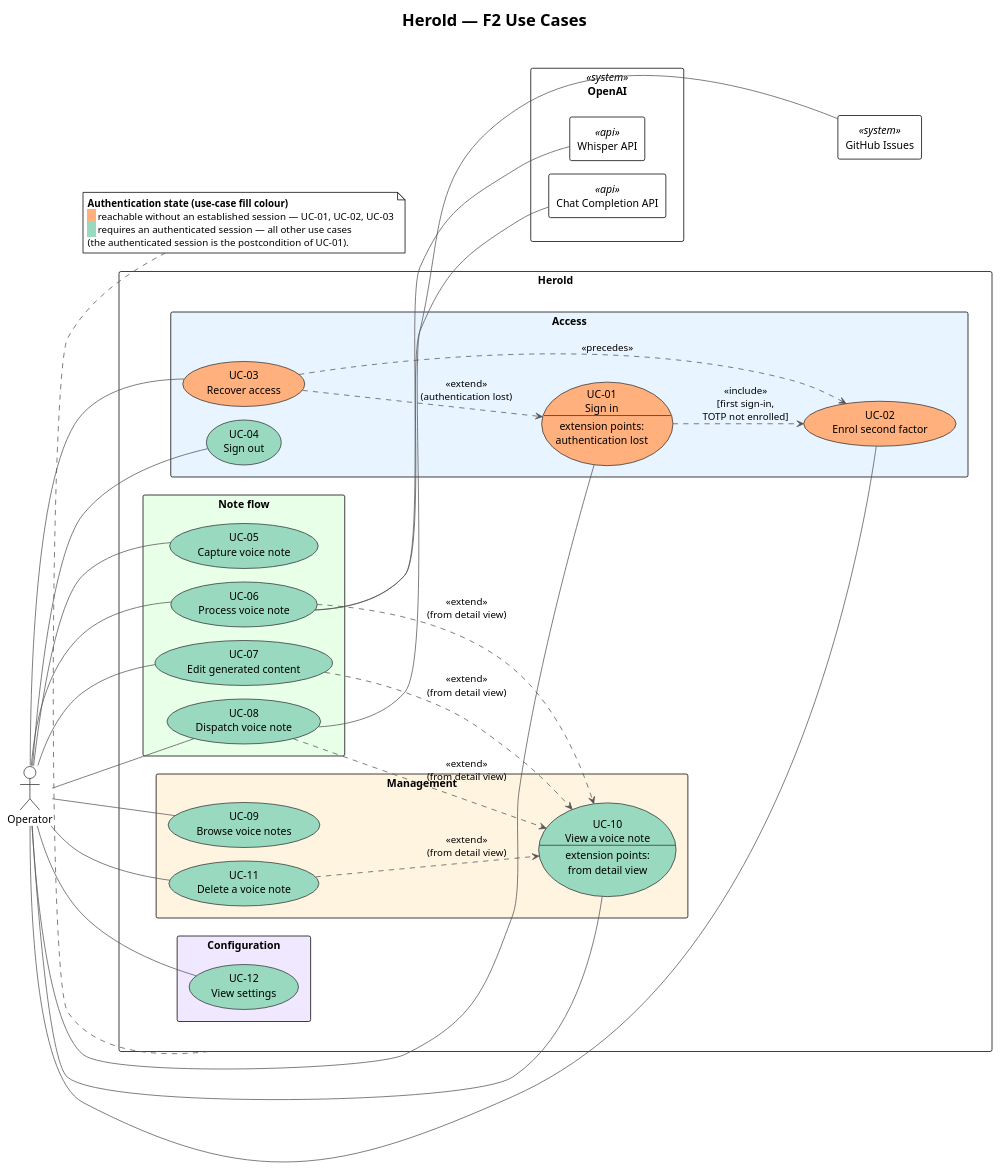
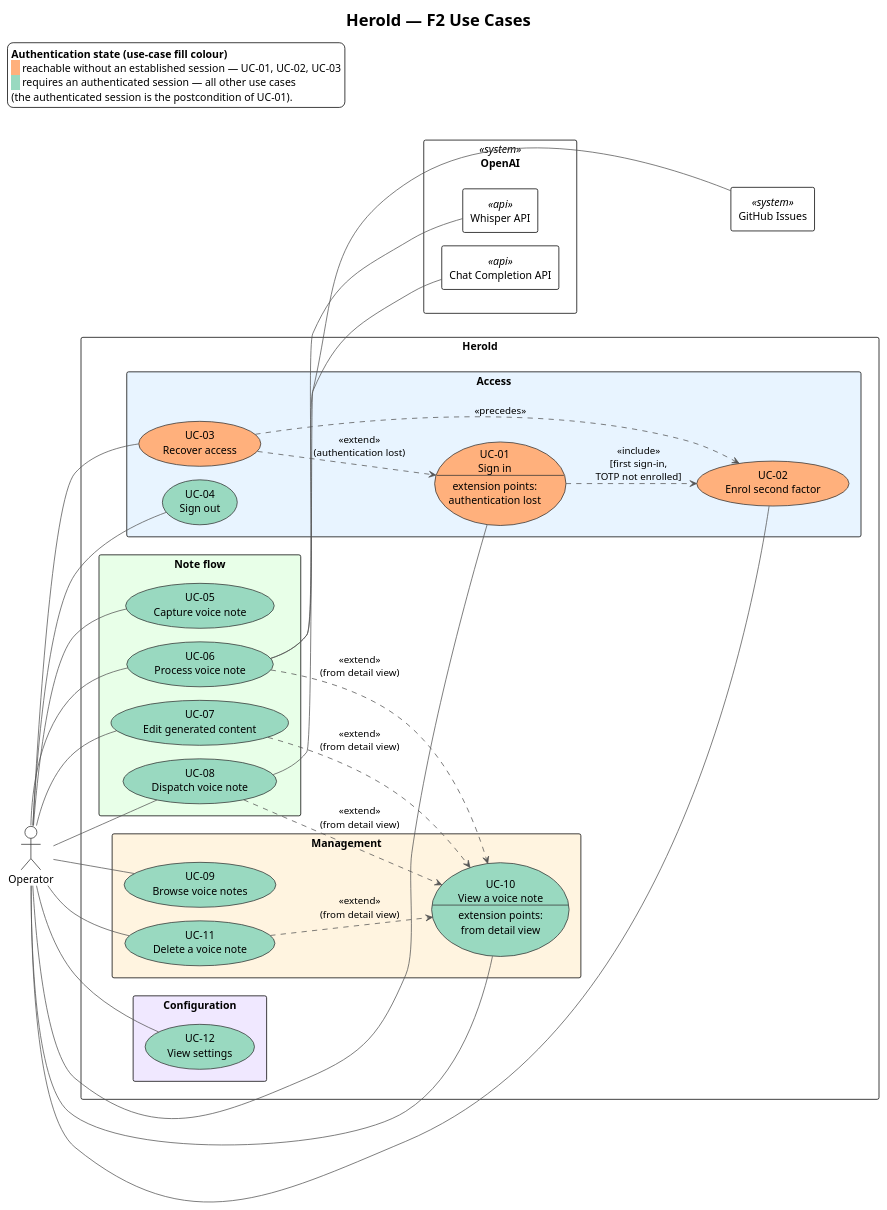
The diagram in docs/spec/diagrams/f2-use-cases.plantuml (carstenlucke/herold), drawn with PlantUML before and after one commit. The commit also changed 1 other file, not shown here.

Commit message:
docs(spec): render F2 auth-state annotation as a top-left legend
Switching from `note bottom of HEROLD` to a positioned `legend top
left` block gets rid of the connector line that previously wrapped all
the way around the diagram and parks the annotation in the empty
canvas corner next to the OpenAI/GitHub Issues column.

```diff
--- a/docs/spec/diagrams/f2-use-cases.plantuml
+++ b/docs/spec/diagrams/f2-use-cases.plantuml
@@ -1,111 +1,115 @@
 @startuml f2-use-cases
 !theme plain
 left to right direction
 skinparam packageStyle rectangle
 skinparam shadowing false
 skinparam ArrowColor #555555
 skinparam UsecaseBorderColor #333333
 skinparam UsecaseBackgroundColor #F5F5F5
 skinparam ActorBorderColor #333333
 skinparam nodesep 18
 skinparam ranksep 40
 
 title Herold — F2 Use Cases
 
 ' Primary actor on the left.
 actor "Operator" as OP
 
 rectangle "Herold" as HEROLD {
 
   ' Per-use-case fill colour encodes the authentication state:
   '   #FFB07C — reachable without an established session (UC-01..UC-03)
   '   #99D9C0 — requires an authenticated session (UC-04..UC-12)
   ' Package backgrounds keep encoding the F2 grouping.
 
   package "Access" as ACCESS #E8F4FF {
     usecase "UC-01\nSign in\n--\nextension points:\nauthentication lost" as UC01 #FFB07C
     usecase "UC-02\nEnrol second factor"                                    as UC02 #FFB07C
     usecase "UC-03\nRecover access"                                         as UC03 #FFB07C
     usecase "UC-04\nSign out"                                               as UC04 #99D9C0
   }
 
   package "Note flow" as NOTEFLOW #E8FFE8 {
     usecase "UC-05\nCapture voice note"        as UC05 #99D9C0
     usecase "UC-06\nProcess voice note"        as UC06 #99D9C0
     usecase "UC-07\nEdit generated content"    as UC07 #99D9C0
     usecase "UC-08\nDispatch voice note"       as UC08 #99D9C0
   }
 
   package "Management" as MGMT #FFF4E0 {
     usecase "UC-09\nBrowse voice notes"                                            as UC09 #99D9C0
     usecase "UC-10\nView a voice note\n--\nextension points:\nfrom detail view"    as UC10 #99D9C0
     usecase "UC-11\nDelete a voice note"                                           as UC11 #99D9C0
   }
 
   package "Configuration" as CONFIG #F0E8FF {
     usecase "UC-12\nView settings" as UC12 #99D9C0
   }
 }
 
 ' Supporting external systems on the right, grouped near the use cases
 ' they back. Modelled as «system» nodes (not actors) — they are
 ' non-human participants Herold delegates to. OpenAI is one system
 ' exposing two API endpoints used by Herold.
 rectangle "OpenAI" <<system>> as OPENAI {
   rectangle "Whisper API"         <<api>> as WHISPER
   rectangle "Chat Completion API" <<api>> as CHAT
 }
 rectangle "GitHub Issues" <<system>> as GH
 
 ' Primary actor — one association per use case.
 OP -- UC01
 OP -- UC02
 OP -- UC03
 OP -- UC04
 OP -- UC05
 OP -- UC06
 OP -- UC07
 OP -- UC08
 OP -- UC09
 OP -- UC10
 OP -- UC11
 OP -- UC12
 
 ' Supporting external systems.
 UC06 -- WHISPER
 UC06 -- CHAT
 UC08 -- GH
 
 ' Use-case relationships extracted from F2.
 ' UC-10 is the typical entry point for these (UC-10 postcondition);
 ' UC-07 step 1 explicitly opens the detail view, the others enter from it.
 UC06 ..> UC10 : <<extend>>\n(from detail view)
 UC07 ..> UC10 : <<extend>>\n(from detail view)
 UC08 ..> UC10 : <<extend>>\n(from detail view)
 UC11 ..> UC10 : <<extend>>\n(from detail view)
 
 ' Recovery is the pivot when UC-01 cannot succeed (UC-01 exception).
 UC03 ..> UC01 : <<extend>>\n(authentication lost)
 
 ' Enrolment runs inline inside UC-01 on the first sign-in (UC-01 main
 ' scenario step 4) and is required again after a recovery (UC-03
 ' postcondition).
 UC01 ..> UC02 : <<include>>\n[first sign-in,\nTOTP not enrolled]
 UC03 ..> UC02 : <<precedes>>
 
 ' Layout hint: stack OpenAI above GitHub Issues so the two external
 ' systems form a single column on the right edge of the diagram.
 ' Everything else is left to Graphviz — the section ordering inside
 ' Herold falls out naturally from the include/extend edges into UC-10.
 OPENAI -[hidden]down- GH
 
 ' System-wide precondition (cheaper than drawing 9 <<precedes>> edges
 ' from UC-01 into the Note flow, Management and Configuration sections).
-note bottom of HEROLD
+' Rendered as a positioned legend so it lands in the empty top-left
+' corner of the canvas, next to the OpenAI/GitHub Issues column, rather
+' than as a `note ... of HEROLD` whose connector line would wrap around
+' the diagram.
+legend top left
   **Authentication state (use-case fill colour)**
   <back:#FFB07C>   </back> reachable without an established session — UC-01, UC-02, UC-03
   <back:#99D9C0>   </back> requires an authenticated session — all other use cases
   (the authenticated session is the postcondition of UC-01).
-end note
+end legend
 
 @enduml
```
